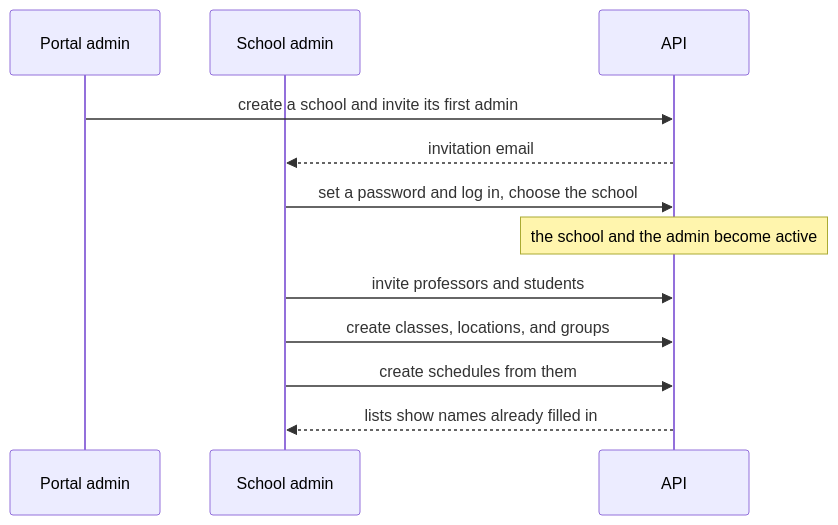
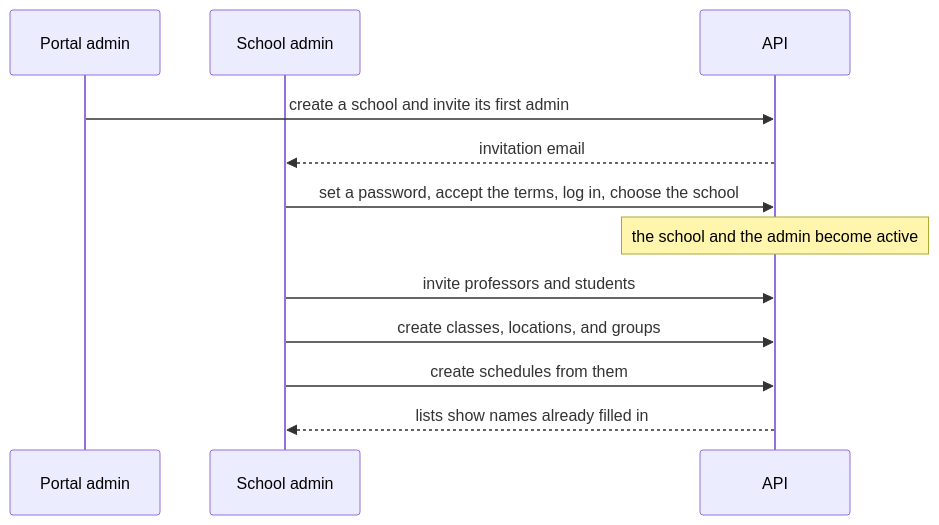
Before and after one commit to herrcristi/small-nodejs-service: the eighth of 8 diagrams in README.md, drawn with Mermaid. The commit also changed other lines of this file and 53 other files, not shown here.

````diff
--- a/README.md
+++ b/README.md
@@ -220,14 +223,14 @@
 ```mermaid
 sequenceDiagram
   participant PA as Portal admin
   participant AD as School admin
   participant API as API
   PA->>API: create a school and invite its first admin
   API-->>AD: invitation email
-  AD->>API: set a password and log in, choose the school
+  AD->>API: set a password, accept the terms, log in, choose the school
   Note over API: the school and the admin become active
   AD->>API: invite professors and students
   AD->>API: create classes, locations, and groups
   AD->>API: create schedules from them
   API-->>AD: lists show names already filled in
 ```
````
